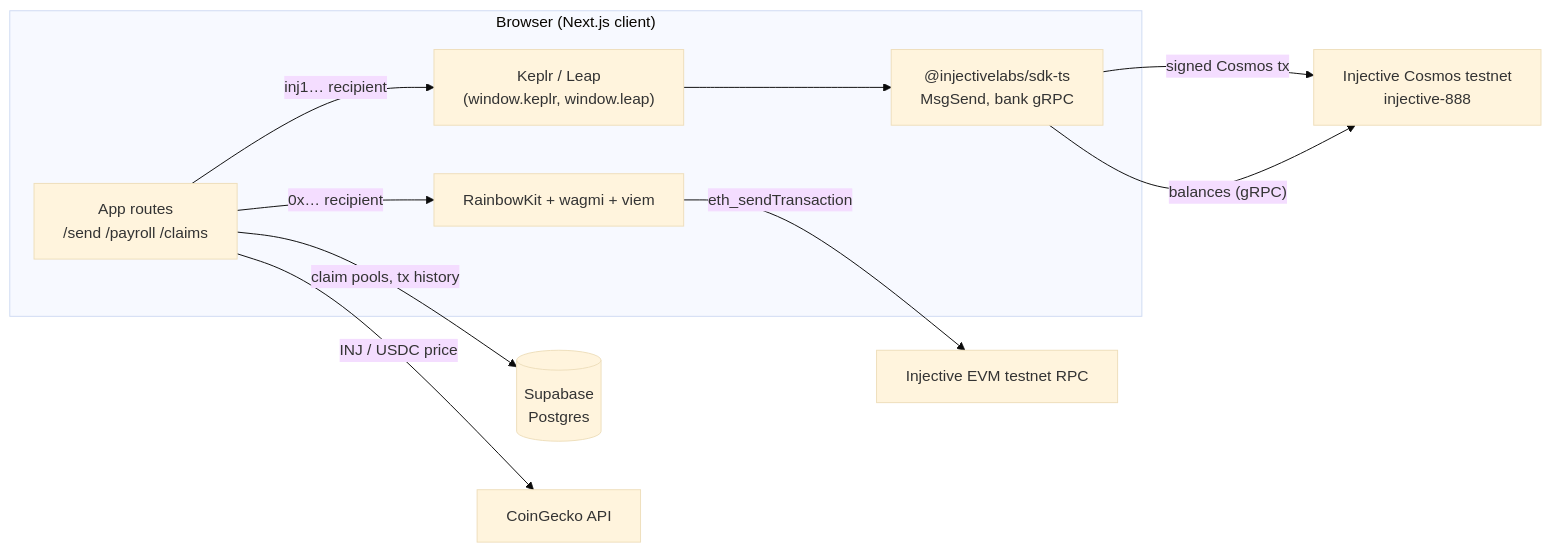
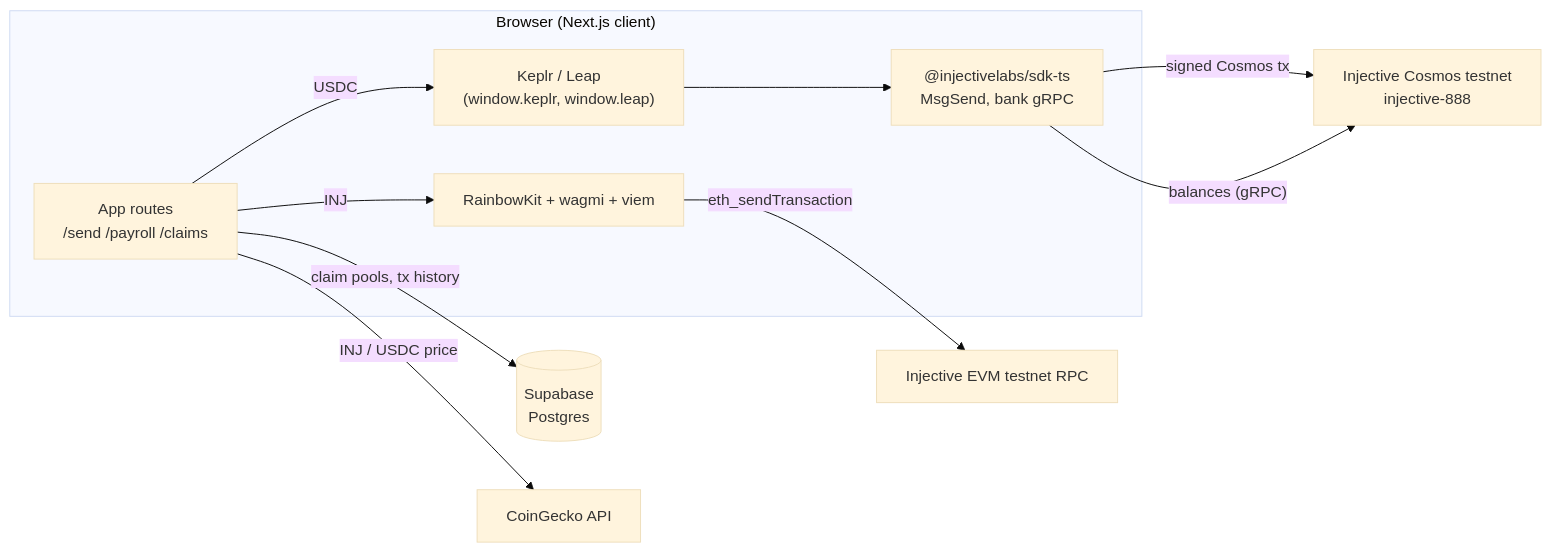
One commit to ALIPHATICHYD/NINJA-PAY changed the diagram in README.md. Above: the diagram before and after it, drawn with Mermaid (base theme). The commit also changed other lines of this file and 10 other files, not shown here.

````diff
--- a/README.md
+++ b/README.md
@@ -87,20 +87,20 @@
 ```mermaid
 flowchart LR
   subgraph Browser["Browser (Next.js client)"]
     UI["App routes<br/>/send /payroll /claims"]
     RK["RainbowKit + wagmi + viem"]
     CW["Keplr / Leap<br/>(window.keplr, window.leap)"]
     SDK["@injectivelabs/sdk-ts<br/>MsgSend, bank gRPC"]
   end
 
-  UI -- "0x… recipient" --> RK
-  UI -- "inj1… recipient" --> CW
+  UI -- "INJ" --> RK
+  UI -- "USDC" --> CW
   CW --> SDK
 
   RK -- "eth_sendTransaction" --> EVM["Injective EVM testnet RPC"]
   SDK -- "signed Cosmos tx" --> COSMOS["Injective Cosmos testnet<br/>injective-888"]
   SDK -- "balances (gRPC)" --> COSMOS
 
   UI -- "claim pools, tx history" --> SB[("Supabase<br/>Postgres")]
   UI -- "INJ / USDC price" --> CG["CoinGecko API"]
 ```
````
